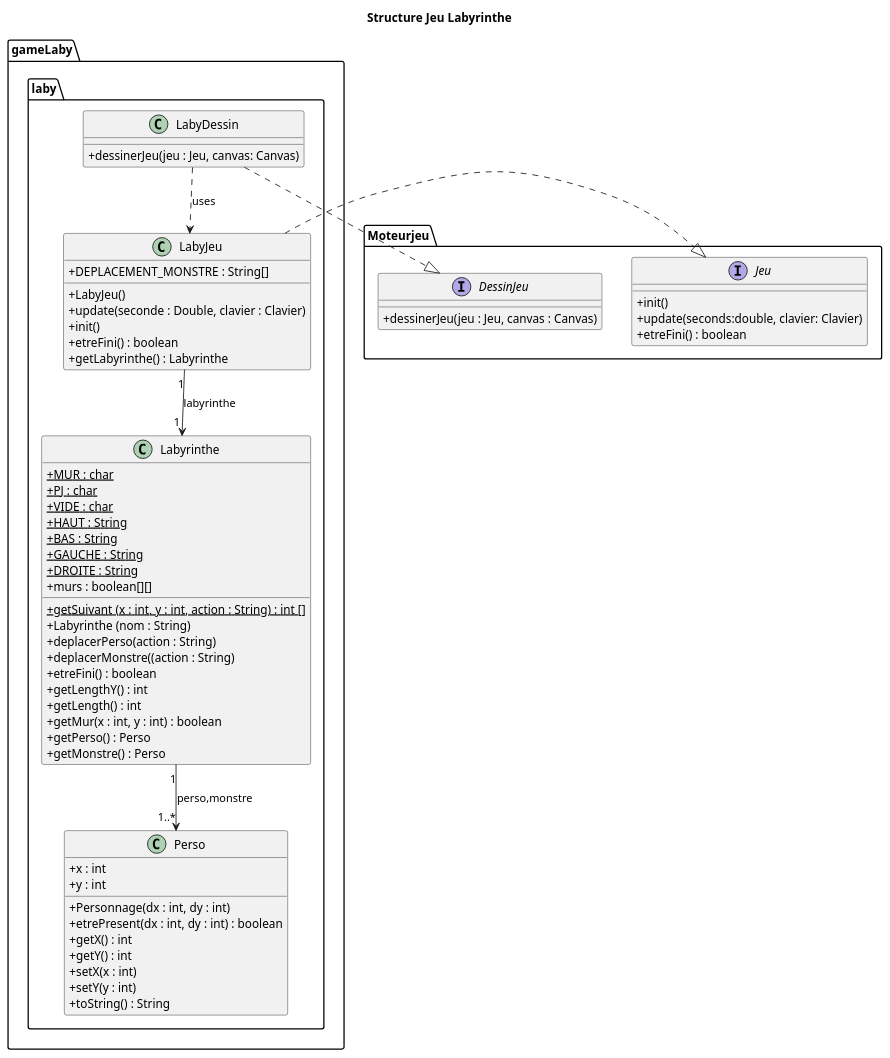
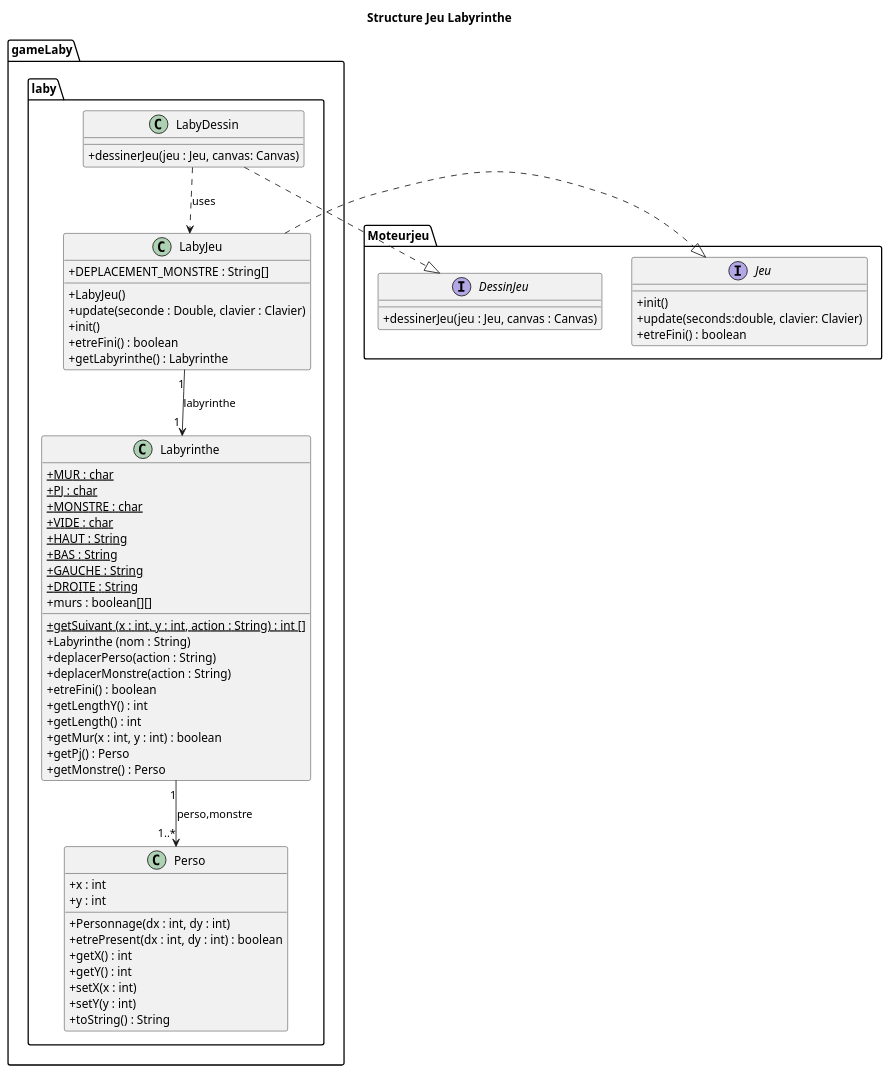
Before and after one commit to TanguyFox/2022_Zeldiablo_renard136u_seiler33u_serrier26u_arcelin1u: the diagram in documents/version_2/diagrammeClasseMonstre.puml, drawn with PlantUML.

Commit message:
Diagramme de Classe v2.0

```diff
--- a/documents/version_2/diagrammeClasseMonstre.puml
+++ b/documents/version_2/diagrammeClasseMonstre.puml
@@ -1,76 +1,77 @@
 @startuml
 'https://plantuml.com/class-diagram
 
 title Structure Jeu Labyrinthe
 
 
 package gameLaby.laby{
 skinparam classAttributeIconSize 0
 class Labyrinthe{
 + {static} MUR : char
 + {static} PJ : char
++ {static} MONSTRE : char
 + {static} VIDE : char
 + {static} HAUT : String
 + {static} BAS : String
 + {static} GAUCHE : String
 + {static} DROITE : String
 + murs : boolean[][]
 + {static} getSuivant (x : int, y : int, action : String) : int []
 + Labyrinthe (nom : String)
 + deplacerPerso(action : String)
-+ deplacerMonstre((action : String)
++ deplacerMonstre(action : String)
 + etreFini() : boolean
 + getLengthY() : int
 + getLength() : int
 + getMur(x : int, y : int) : boolean
-+ getPerso() : Perso
++ getPj() : Perso
 + getMonstre() : Perso
 }
 
 class LabyJeu{
 +DEPLACEMENT_MONSTRE : String[]
 +LabyJeu()
 +update(seconde : Double, clavier : Clavier)
 +init()
 +etreFini() : boolean
 +getLabyrinthe() : Labyrinthe
 }
 class LabyDessin{
 +dessinerJeu(jeu : Jeu, canvas: Canvas)
 }
 
 class Perso{
 + x : int
 + y : int
 + Personnage(dx : int, dy : int)
 +etrePresent(dx : int, dy : int) : boolean
 + getX() : int
 + getY() : int
 + setX(x : int)
 + setY(y : int)
 + toString() : String
 }
 
 }
 
 package Moteurjeu{
 interface Jeu{
 + init()
 +update(seconds:double, clavier: Clavier)
 +etreFini() : boolean
 }
 
 interface DessinJeu{
 + dessinerJeu(jeu : Jeu, canvas : Canvas)
 }
 }
 
 
 LabyJeu .|> Jeu
 LabyDessin ..|> DessinJeu
 LabyJeu "1" --> "1 " Labyrinthe : labyrinthe
 Labyrinthe "1" --> "1..*" Perso : perso,monstre
 LabyDessin ..> LabyJeu : uses
 
 
 @enduml
```
